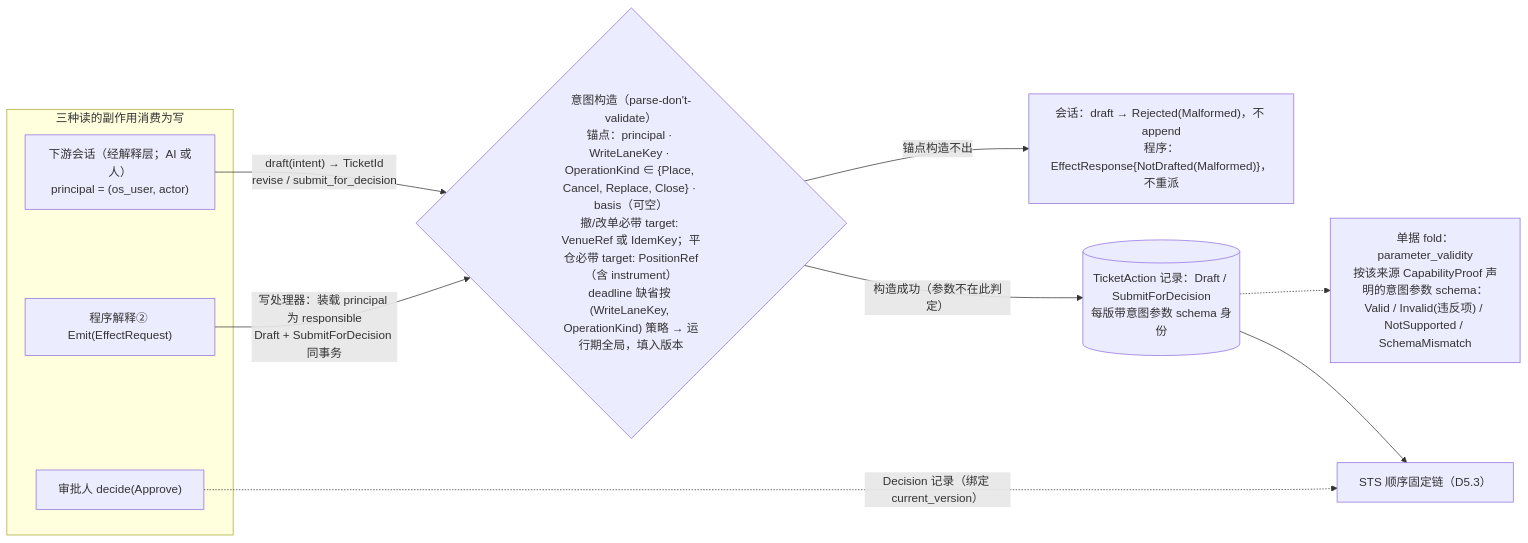
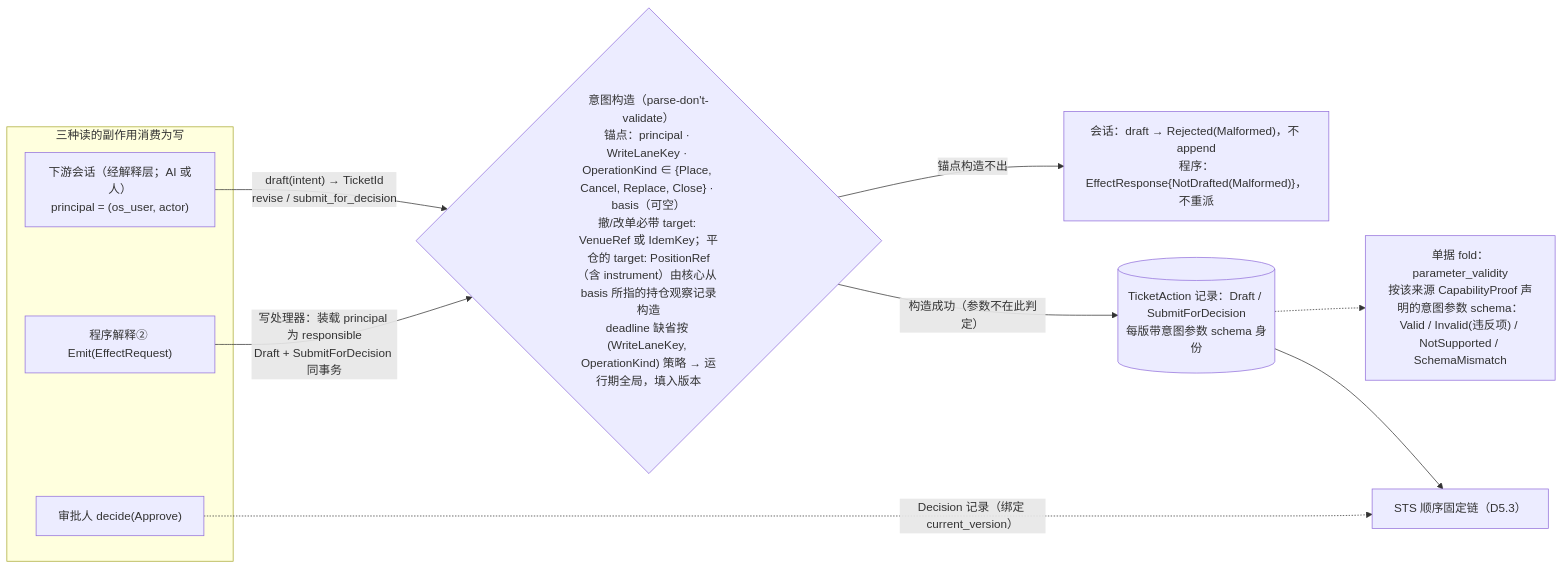
One commit to mouriya-s-lab/uta changed the second of 6 diagrams in design/diagrams/05-ticket-and-sts.md. Above: the diagram before and after it, drawn with Mermaid. The commit also changed other lines of this file and 19 other files, not shown here.

Commit message:
design: integrate contract clusters — one-to-many receipt/reconciliation records with per-record attribution, read_model signatures per kind, unified not-called read outcomes, observation-record wording across diagrams, reference and glossary alignment

````diff
--- a/design/diagrams/05-ticket-and-sts.md
+++ b/design/diagrams/05-ticket-and-sts.md
@@ -58,16 +58,16 @@
 ```mermaid
 flowchart LR
   subgraph SRC["三种读的副作用消费为写"]
     AI["下游会话（经解释层；AI 或人）<br/>principal = (os_user, actor)"]
     PROG["程序解释② Emit(EffectRequest)"]
     APPR["审批人 decide(Approve)"]
   end
   AI -->|"draft(intent) → TicketId<br/>revise / submit_for_decision"| NORM
   PROG -->|"写处理器：装载 principal 为 responsible<br/>Draft + SubmitForDecision 同事务"| NORM
-  NORM{"意图构造（parse-don't-validate）<br/>锚点：principal · WriteLaneKey · OperationKind ∈ {Place, Cancel, Replace, Close} · basis（可空）<br/>撤/改单必带 target: VenueRef 或 IdemKey；平仓必带 target: PositionRef（含 instrument）<br/>deadline 缺省按 (WriteLaneKey, OperationKind) 策略 → 运行期全局，填入版本"}
+  NORM{"意图构造（parse-don't-validate）<br/>锚点：principal · WriteLaneKey · OperationKind ∈ {Place, Cancel, Replace, Close} · basis（可空）<br/>撤/改单必带 target: VenueRef 或 IdemKey；平仓的 target: PositionRef（含 instrument）由核心从 basis 所指的持仓观察记录构造<br/>deadline 缺省按 (WriteLaneKey, OperationKind) 策略 → 运行期全局，填入版本"}
   NORM -->|"锚点构造不出"| MAL["会话：draft → Rejected(Malformed)，不 append<br/>程序：EffectResponse{NotDrafted(Malformed)}，不重派"]
   NORM -->|"构造成功（参数不在此判定）"| TK[("TicketAction 记录：Draft / SubmitForDecision<br/>每版带意图参数 schema 身份")]
   TK -.-> PV["单据 fold：parameter_validity<br/>按该来源 CapabilityProof 声明的意图参数 schema：Valid / Invalid(违反项) / NotSupported / SchemaMismatch"]
   TK --> STS["STS 顺序固定链（D5.3）"]
   APPR -.->|"Decision 记录（绑定 current_version）"| STS
 ```
````
